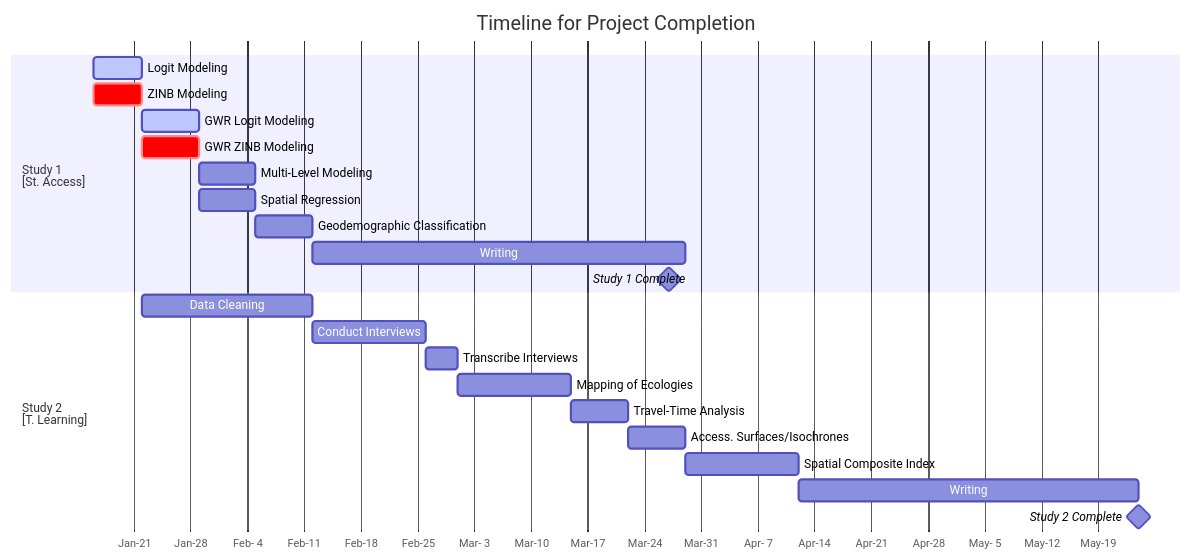
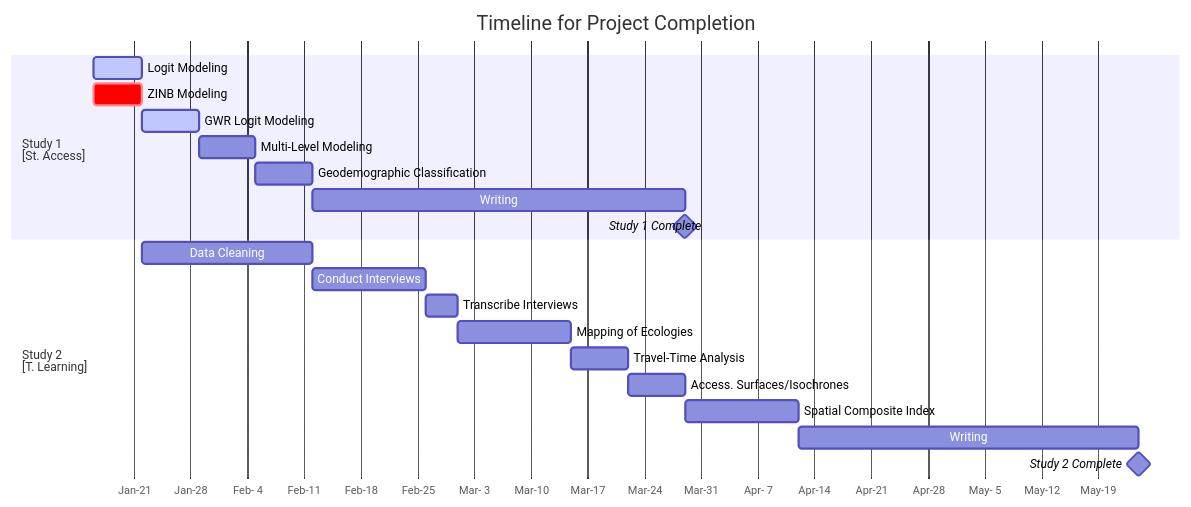
The diagram in cesta/cesta.qmd (KLBoles/KLBoles.github.io), drawn with Mermaid before and after one commit. The commit also changed 7 other files, not shown here.

Commit message:
amended timeline

````diff
--- a/cesta/cesta.qmd
+++ b/cesta/cesta.qmd
@@ -847,30 +847,28 @@
 ```{mermaid}
 gantt
     dateFormat  MM-DD
     axisFormat  %b-%e
     title       Timeline for Project Completion
 
     section Study 1<br>[St. Access]
     Logit Modeling            :active, a1, 01-16,01-22
     ZINB Modeling             :crit, a2, 01-16,01-22
     GWR Logit Modeling        :active, a3, 01-22,01-29
-    GWR ZINB Modeling         :crit, a4, 01-22,01-29
     Multi-Level Modeling      :        a5, 01-29,02-05
-    Spatial Regression        :        a6, 01-29,02-05
     Geodemographic Classification      :        a7, 02-05,02-12
     Writing                   :        a8, 02-12,03-29
-    Study 1 Complete          : milestone, 01-29
+    Study 1 Complete          : milestone, 02-02
 
     section Study 2<br>[T. Learning]
     Data Cleaning             : a1, 01-22, 02-12
     Conduct Interviews        : a2, 02-12, 02-26
     Transcribe Interviews     : a3, 02-26, 03-01
     Mapping of Ecologies      : a4, 03-01, 03-15
     Travel-Time Analysis      : a5, 03-15, 03-22
     Access. Surfaces/Isochrones :a6, 03-22, 03-29
     Spatial Composite Index   : a7, 03-29, 04-12
     Writing                   : a8, 04-12, 05-24
     Study 2 Complete          : milestone, 05-24
     
 
 ```
````
